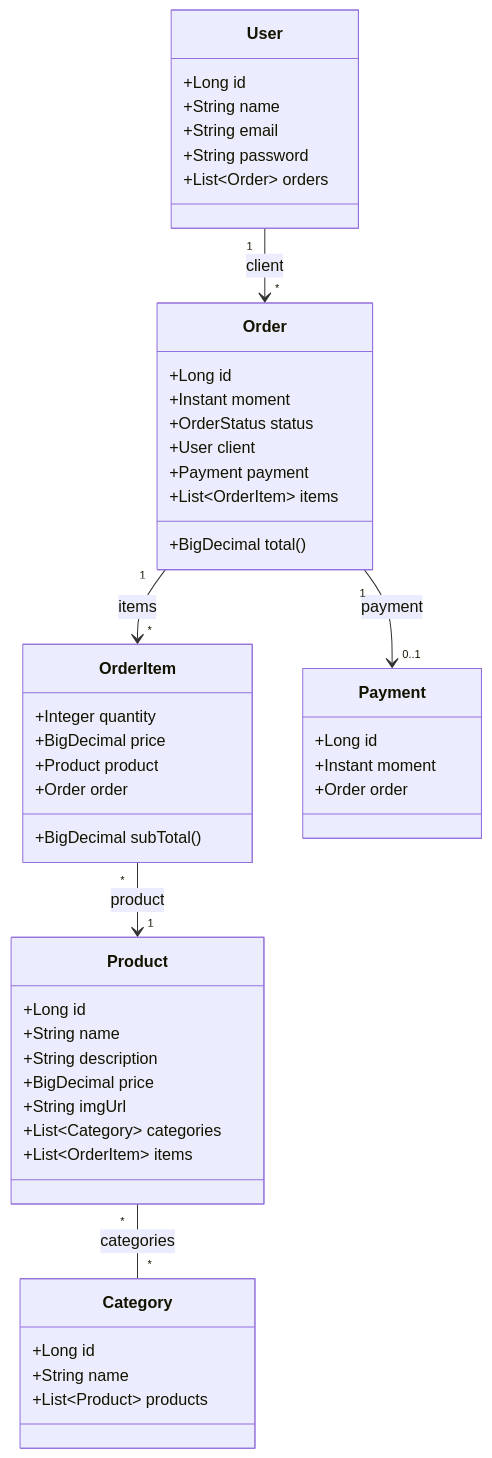
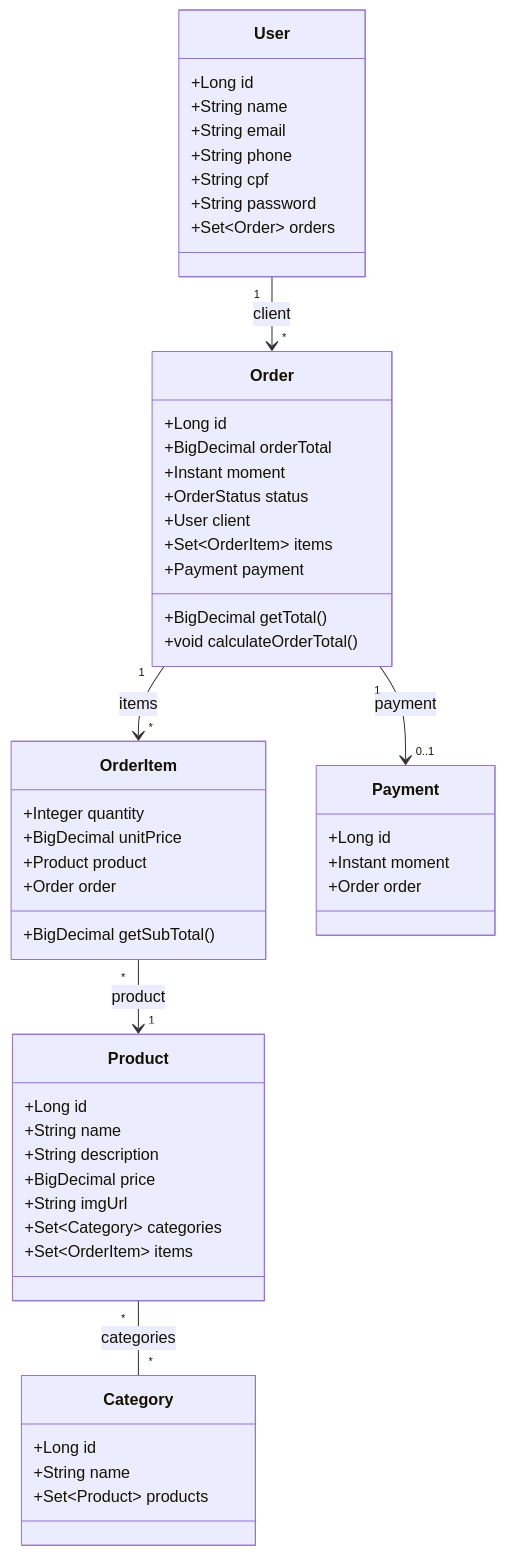
One commit to juliana-barreto/spring-ecommerce changed the diagram in README.md. Above: the diagram before and after it, drawn with Mermaid.

Commit message:
Refactor data structures and method names in README
Updated data structures to use Sets instead of Lists for orders, categories, and products. Also modified method names for better clarity.

````diff
--- a/README.md
+++ b/README.md
@@ -55,51 +55,55 @@
 ```mermaid
 classDiagram
 class User {
   +Long id
   +String name
   +String email
+  +String phone
+  +String cpf
   +String password
-  +List~Order~ orders
+  +Set~Order~ orders
 }
 class Order {
   +Long id
+  +BigDecimal orderTotal
   +Instant moment
   +OrderStatus status
   +User client
+  +Set~OrderItem~ items
   +Payment payment
-  +List~OrderItem~ items
-  +BigDecimal total()
+  +BigDecimal getTotal()
+  +void calculateOrderTotal()
 }
 class Product {
   +Long id
   +String name
   +String description
   +BigDecimal price
   +String imgUrl
-  +List~Category~ categories
-  +List~OrderItem~ items
+  +Set~Category~ categories
+  +Set~OrderItem~ items
 }
 class Category {
   +Long id
   +String name
-  +List~Product~ products
+  +Set~Product~ products
 }
 class OrderItem {
   +Integer quantity
-  +BigDecimal price
+  +BigDecimal unitPrice
   +Product product
   +Order order
-  +BigDecimal subTotal()
+  +BigDecimal getSubTotal()
 }
 class Payment {
   +Long id
   +Instant moment
   +Order order
 }
 
 User "1" --> "*" Order : client
 Order "1" --> "0..1" Payment : payment
 Order "1" --> "*" OrderItem : items
 OrderItem "*" --> "1" Product : product
 Product "*" -- "*" Category : categories
 ```
````
